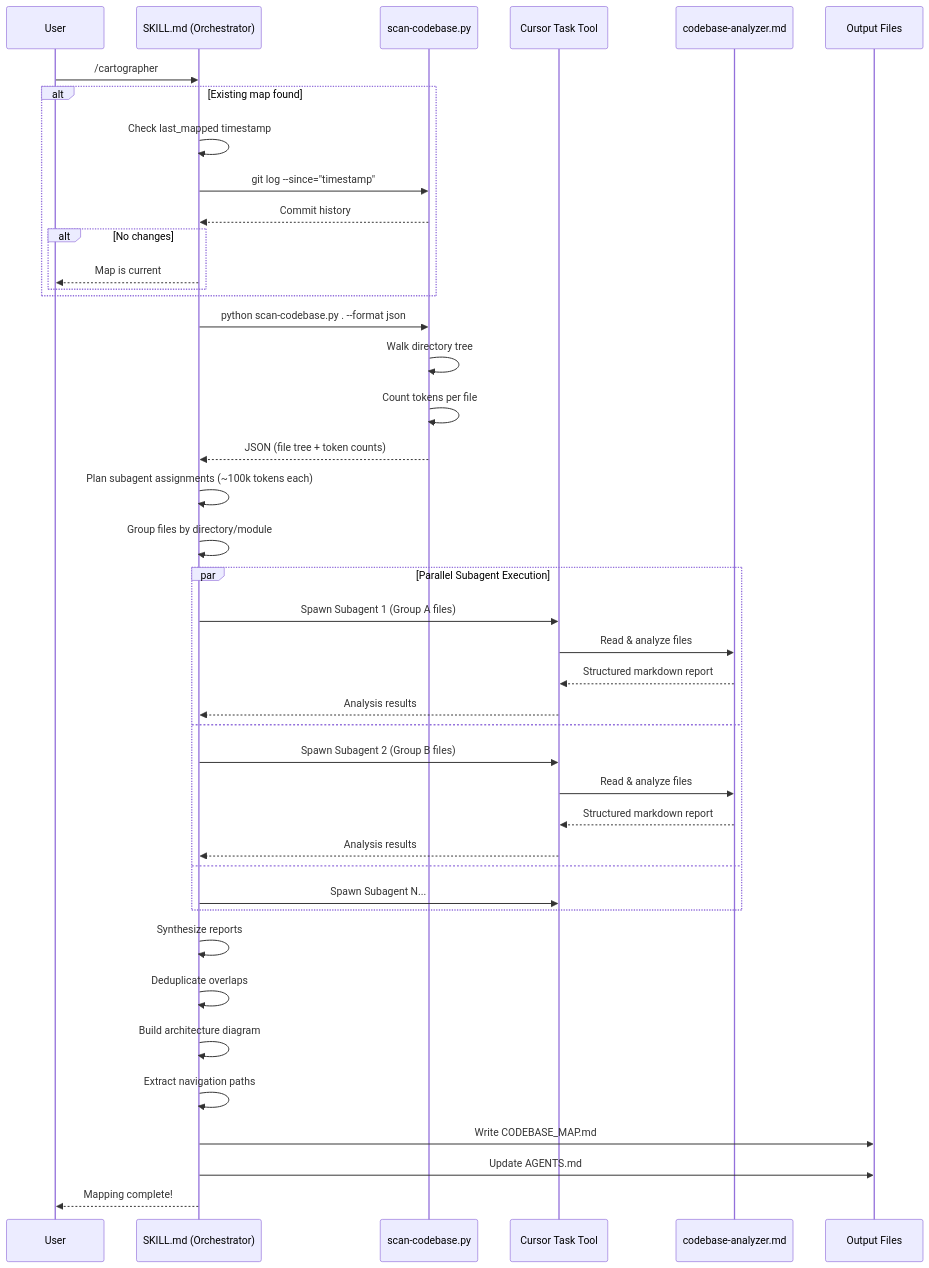
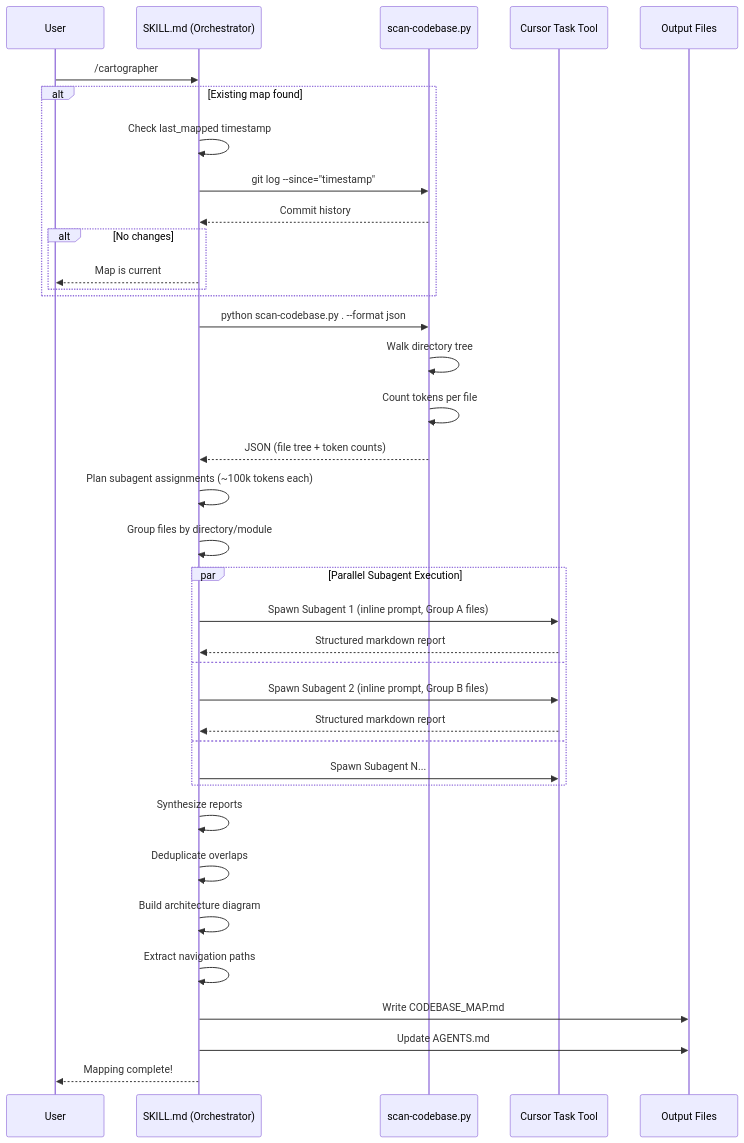
The second of 2 diagrams in docs/CODEBASE_MAP.md (MPGek/cartographer-cursor), drawn with Mermaid before and after one commit. The commit also changed other lines of this file and 2 other files, not shown here.

Commit message:
Removed useless subagent.

````diff
--- a/docs/CODEBASE_MAP.md
+++ b/docs/CODEBASE_MAP.md
@@ -200,51 +162,46 @@
 ```mermaid
 sequenceDiagram
     participant User
     participant Skill as SKILL.md (Orchestrator)
     participant Scanner as scan-codebase.py
     participant Task as Cursor Task Tool
-    participant Analyzer as codebase-analyzer.md
     participant Files as Output Files
 
     User->>Skill: /cartographer
     
     alt Existing map found
         Skill->>Skill: Check last_mapped timestamp
         Skill->>Scanner: git log --since="timestamp"
         Scanner-->>Skill: Commit history
         alt No changes
             Skill-->>User: Map is current
         end
     end
     
     Skill->>Scanner: python scan-codebase.py . --format json
     Scanner->>Scanner: Walk directory tree
     Scanner->>Scanner: Count tokens per file
     Scanner-->>Skill: JSON (file tree + token counts)
     
     Skill->>Skill: Plan subagent assignments (~100k tokens each)
     Skill->>Skill: Group files by directory/module
     
     par Parallel Subagent Execution
-        Skill->>Task: Spawn Subagent 1 (Group A files)
-        Task->>Analyzer: Read & analyze files
-        Analyzer-->>Task: Structured markdown report
-        Task-->>Skill: Analysis results
+        Skill->>Task: Spawn Subagent 1 (inline prompt, Group A files)
+        Task-->>Skill: Structured markdown report
     and
-        Skill->>Task: Spawn Subagent 2 (Group B files)
-        Task->>Analyzer: Read & analyze files
-        Analyzer-->>Task: Structured markdown report
-        Task-->>Skill: Analysis results
+        Skill->>Task: Spawn Subagent 2 (inline prompt, Group B files)
+        Task-->>Skill: Structured markdown report
     and
         Skill->>Task: Spawn Subagent N...
     end
     
     Skill->>Skill: Synthesize reports
     Skill->>Skill: Deduplicate overlaps
     Skill->>Skill: Build architecture diagram
     Skill->>Skill: Extract navigation paths
     
     Skill->>Files: Write CODEBASE_MAP.md
     Skill->>Files: Update AGENTS.md
     Skill-->>User: Mapping complete!
 ```
````
